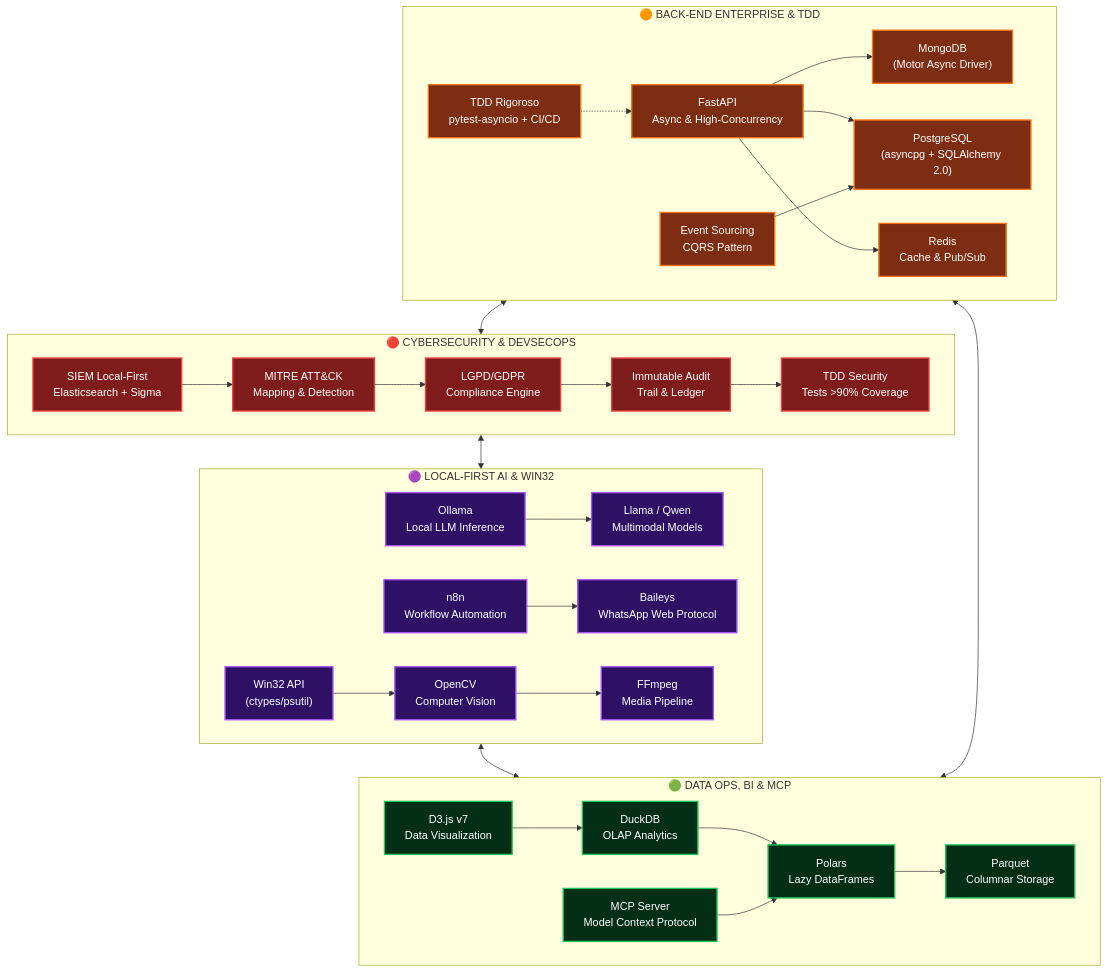
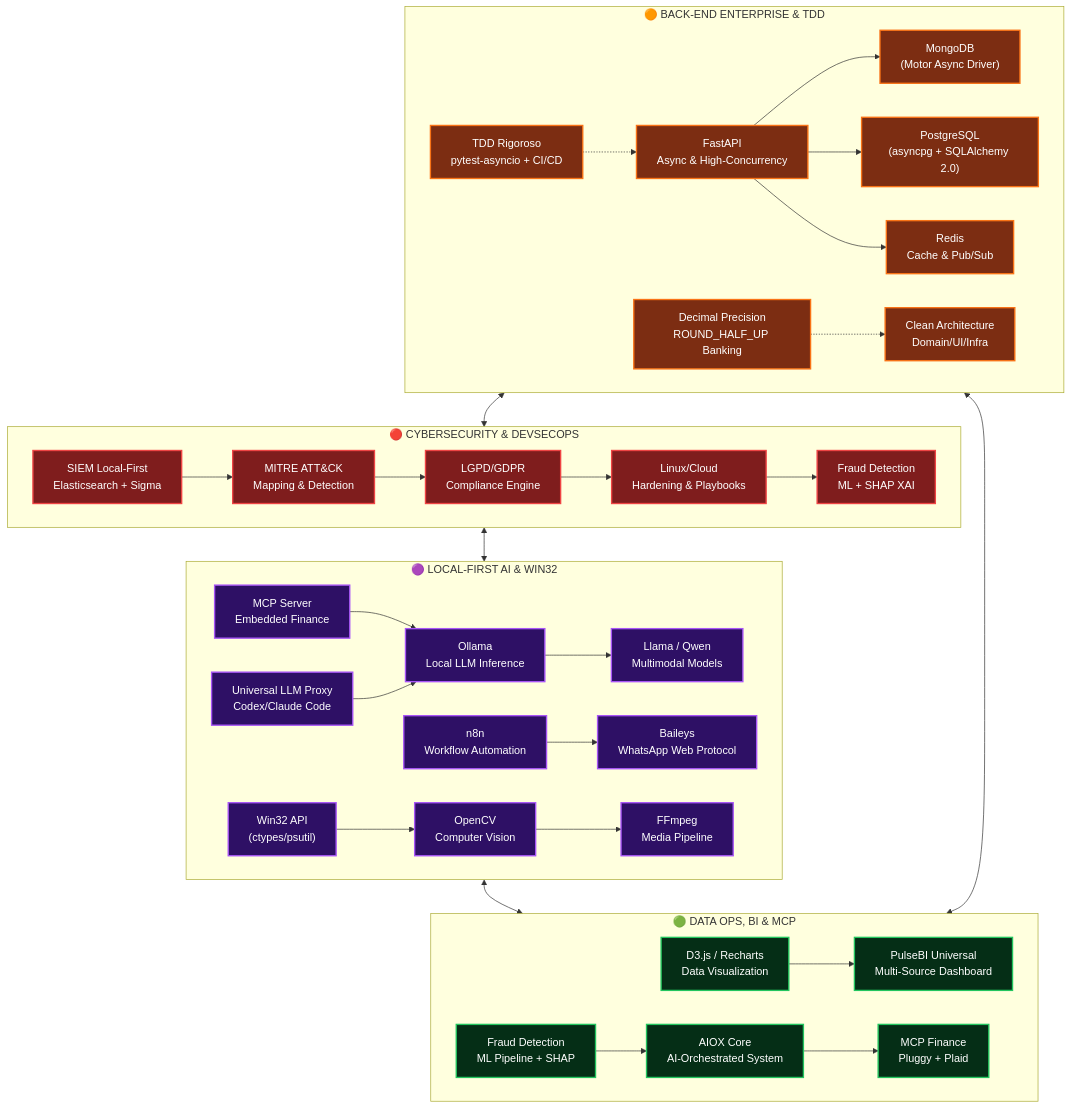
The diagram in README.md (lcszero44-cell/lcszero44-cell), drawn with Mermaid before and after one commit. The commit also changed other lines of this file and 1 other file, not shown here.

````diff
--- a/README.md
+++ b/README.md
@@ -257,73 +257,77 @@
 ```mermaid
 flowchart TB
     subgraph SEC["🔴 CYBERSECURITY & DEVSECOPS"]
         SIEM["SIEM Local-First<br/>Elasticsearch + Sigma"]
         MITRE["MITRE ATT&CK<br/>Mapping & Detection"]
         COMPLIANCE["LGPD/GDPR<br/>Compliance Engine"]
-        AUDIT["Immutable Audit<br/>Trail & Ledger"]
-        TDD_SEC["TDD Security<br/>Tests >90% Coverage"]
+        HARDENING["Linux/Cloud<br/>Hardening & Playbooks"]
+        FRAUD_ML["Fraud Detection<br/>ML + SHAP XAI"]
         
         SIEM --> MITRE
         MITRE --> COMPLIANCE
-        COMPLIANCE --> AUDIT
-        AUDIT --> TDD_SEC
+        COMPLIANCE --> HARDENING
+        HARDENING --> FRAUD_ML
     end
     
     subgraph AIWIN["🟣 LOCAL-FIRST AI & WIN32"]
         OLLAMA["Ollama<br/>Local LLM Inference"]
         LLAMA["Llama / Qwen<br/>Multimodal Models"]
         WIN32["Win32 API<br/>(ctypes/psutil)"]
         N8N["n8n<br/>Workflow Automation"]
         BAILEYS["Baileys<br/>WhatsApp Web Protocol"]
         OPENCV["OpenCV<br/>Computer Vision"]
         FFMPEG["FFmpeg<br/>Media Pipeline"]
+        MCP_AI["MCP Server<br/>Embedded Finance"]
+        PROXY["Universal LLM Proxy<br/>Codex/Claude Code"]
         
         OLLAMA --> LLAMA
         N8N --> BAILEYS
         WIN32 --> OPENCV
         OPENCV --> FFMPEG
+        MCP_AI --> OLLAMA
+        PROXY --> OLLAMA
     end
     
     subgraph DATA["🟢 DATA OPS, BI & MCP"]
-        D3["D3.js v7<br/>Data Visualization"]
-        DUCKDB["DuckDB<br/>OLAP Analytics"]
-        POLARS["Polars<br/>Lazy DataFrames"]
-        MCP["MCP Server<br/>Model Context Protocol"]
-        PARQUET["Parquet<br/>Columnar Storage"]
+        D3["D3.js / Recharts<br/>Data Visualization"]
+        BI["PulseBI Universal<br/>Multi-Source Dashboard"]
+        FRAUD["Fraud Detection<br/>ML Pipeline + SHAP"]
+        AIOS["AIOX Core<br/>AI-Orchestrated System"]
+        MCP_DATA["MCP Finance<br/>Pluggy + Plaid"]
         
-        D3 --> DUCKDB
-        DUCKDB --> POLARS
-        POLARS --> PARQUET
-        MCP --> POLARS
+        D3 --> BI
+        FRAUD --> AIOS
+        AIOS --> MCP_DATA
     end
     
     subgraph BACKEND["🟠 BACK-END ENTERPRISE & TDD"]
         FASTAPI["FastAPI<br/>Async & High-Concurrency"]
         MONGO["MongoDB<br/>(Motor Async Driver)"]
         POSTGRES["PostgreSQL<br/>(asyncpg + SQLAlchemy 2.0)"]
         TDD["TDD Rigoroso<br/>pytest-asyncio + CI/CD"]
         REDIS["Redis<br/>Cache & Pub/Sub"]
-        EVENTS["Event Sourcing<br/>CQRS Pattern"]
+        DECIMAL["Decimal Precision<br/>ROUND_HALF_UP Banking"]
+        CLEAN["Clean Architecture<br/>Domain/UI/Infra"]
         
         FASTAPI --> MONGO
         FASTAPI --> POSTGRES
         FASTAPI --> REDIS
-        EVENTS --> POSTGRES
+        DECIMAL -.-> CLEAN
         TDD -.-> FASTAPI
     end
     
     SEC <--> AIWIN
     AIWIN <--> DATA
     DATA <--> BACKEND
     BACKEND <--> SEC
     
     classDef sec fill:#7f1d1d,stroke:#ef4444,stroke-width:2px,color:#fff
     classDef ai fill:#2e1065,stroke:#a855f7,stroke-width:2px,color:#fff
     classDef data fill:#052e16,stroke:#22c55e,stroke-width:2px,color:#fff
     classDef back fill:#7c2d12,stroke:#f97316,stroke-width:2px,color:#fff
     
-    class SIEM,MITRE,COMPLIANCE,AUDIT,TDD_SEC sec
-    class OLLAMA,LLAMA,WIN32,N8N,BAILEYS,OPENCV,FFMPEG ai
-    class D3,DUCKDB,POLARS,MCP,PARQUET data
-    class FASTAPI,MONGO,POSTGRES,TDD,REDIS,EVENTS back
+    class SIEM,MITRE,COMPLIANCE,HARDENING,FRAUD_ML sec
+    class OLLAMA,LLAMA,WIN32,N8N,BAILEYS,OPENCV,FFMPEG,MCP_AI,PROXY ai
+    class D3,BI,FRAUD,AIOS,MCP_DATA data
+    class FASTAPI,MONGO,POSTGRES,TDD,REDIS,DECIMAL,CLEAN back
 ```
````
